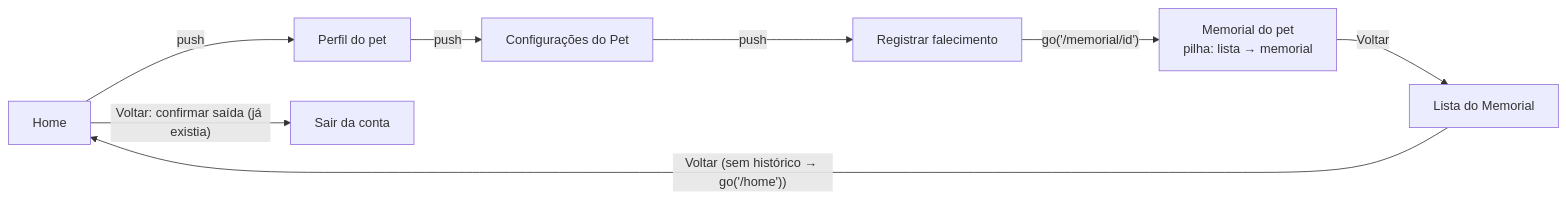
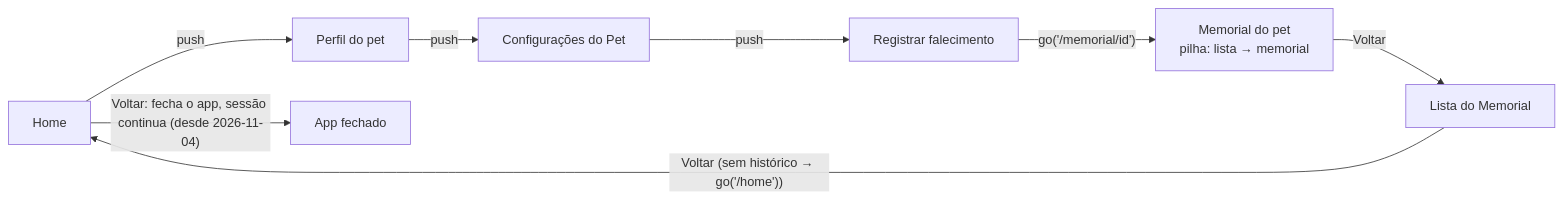
Before and after one commit to TecnoDreamer/PetConnect: the first of 2 diagrams in docs/features/memorial-retorno-navegacao.md, drawn with Mermaid. The commit also changed 15 other files, not shown here.

````diff
--- a/docs/features/memorial-retorno-navegacao.md
+++ b/docs/features/memorial-retorno-navegacao.md
@@ -55,8 +55,8 @@
 ```mermaid
 flowchart LR
     H[Home] -->|push| P[Perfil do pet] -->|push| C[Configurações do Pet] -->|push| R[Registrar falecimento]
     R -->|"go('/memorial/id')"| M["Memorial do pet<br/>pilha: lista → memorial"]
     M -->|Voltar| L[Lista do Memorial]
     L -->|"Voltar (sem histórico → go('/home'))"| H
-    H -->|"Voltar: confirmar saída (já existia)"| S[Sair da conta]
+    H -->|"Voltar: fecha o app, sessão continua (desde 2026-11-04)"| S[App fechado]
 ```
````
